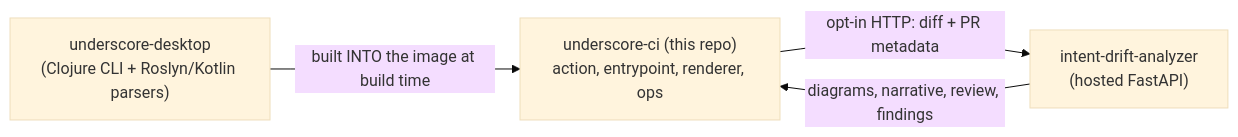
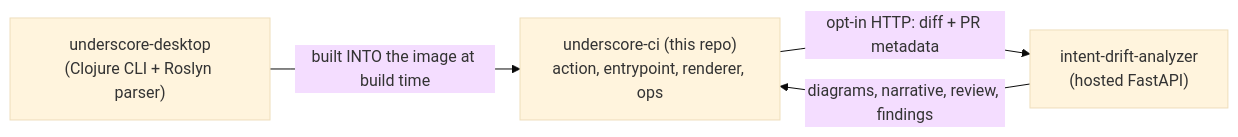
The diagram in docs/explanation/architecture-three-repos.md (logPhase/underscore-ci), drawn with Mermaid (base theme) before and after one commit. The commit also changed other lines of this file and 15 other files, not shown here.

````diff
--- a/docs/explanation/architecture-three-repos.md
+++ b/docs/explanation/architecture-three-repos.md
@@ -5,9 +5,9 @@
 ```mermaid
 flowchart LR
-  desktop["underscore-desktop<br/>(Clojure CLI + Roslyn/Kotlin parsers)"]
+  desktop["underscore-desktop<br/>(Clojure CLI + Roslyn parser)"]
   ci["underscore-ci (this repo)<br/>action, entrypoint, renderer, ops"]
   analyzer["intent-drift-analyzer<br/>(hosted FastAPI)"]
   desktop -- "built INTO the image at build time" --> ci
   ci -- "opt-in HTTP: diff + PR metadata" --> analyzer
   analyzer -- "diagrams, narrative, review, findings" --> ci
 ```
````
